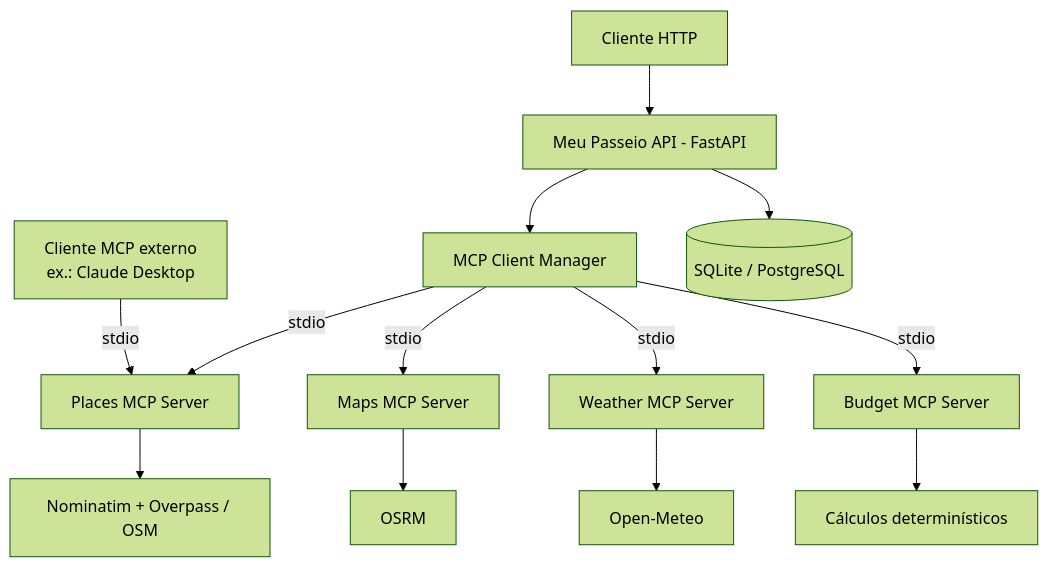
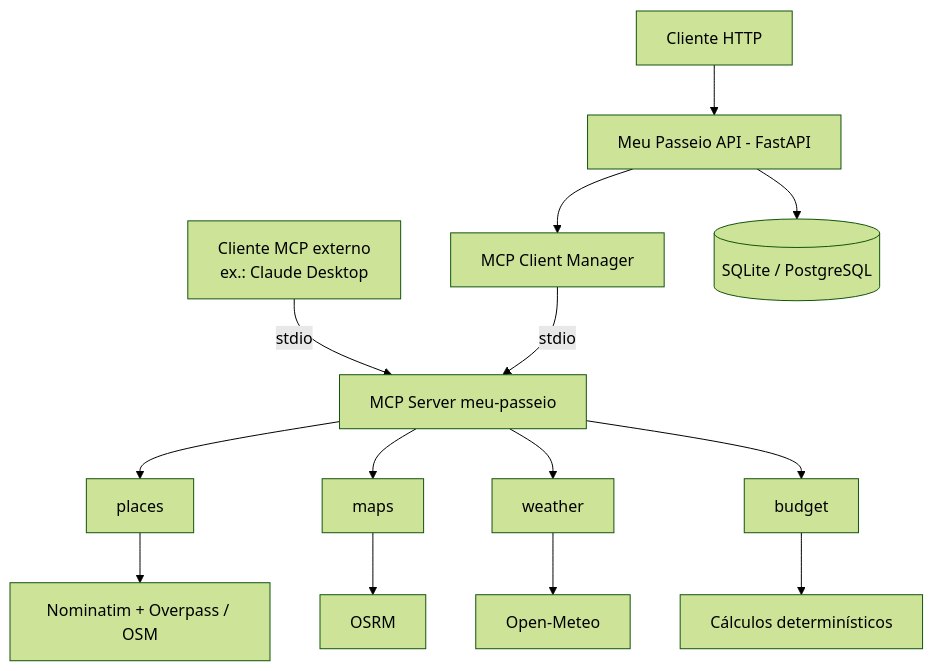
One commit to otaviosbms/meu-passeio-mcp changed the diagram in README.md. Above: the diagram before and after it, drawn with Mermaid (forest theme). The commit also changed other lines of this file and 36 other files, not shown here.

First line of the commit message:
refactor: unifica as tools num único MCP Server "meu-passeio"

````diff
--- a/README.md
+++ b/README.md
@@ -16,15 +16,12 @@
 ```mermaid
 flowchart TD
-    C[Cliente MCP externo<br/>ex.: Claude Desktop] -- stdio --> P
+    C[Cliente MCP externo<br/>ex.: Claude Desktop] -- stdio --> S
     U[Cliente HTTP] --> API[Meu Passeio API - FastAPI]
     API --> MCP[MCP Client Manager]
-    MCP -- stdio --> P[Places MCP Server]
-    MCP -- stdio --> M[Maps MCP Server]
-    MCP -- stdio --> W[Weather MCP Server]
-    MCP -- stdio --> B[Budget MCP Server]
-    P --> PA[Nominatim + Overpass / OSM]
-    M --> MA[OSRM]
-    W --> WA[Open-Meteo]
-    B --> BC[Cálculos determinísticos]
+    MCP -- stdio --> S[MCP Server meu-passeio]
+    S --> P[places] --> PA[Nominatim + Overpass / OSM]
+    S --> M[maps] --> MA[OSRM]
+    S --> W[weather] --> WA[Open-Meteo]
+    S --> B[budget] --> BC[Cálculos determinísticos]
     API --> DB[(SQLite / PostgreSQL)]
 ```
````
